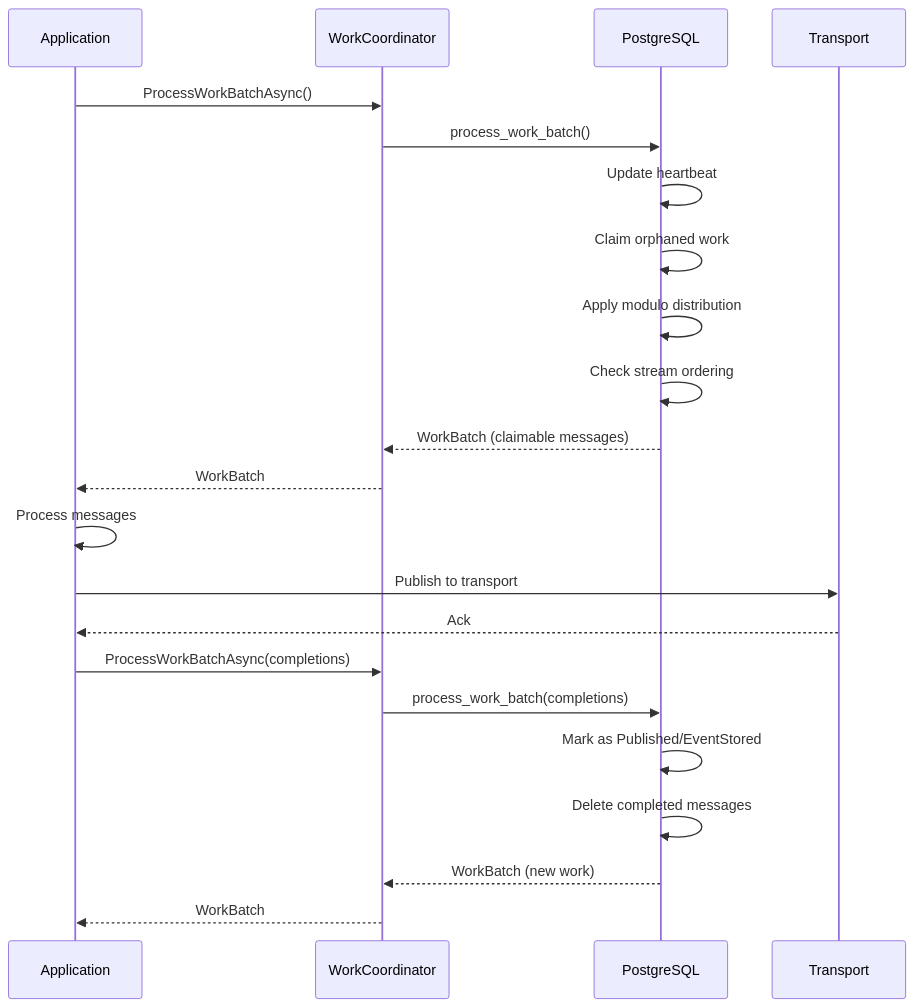
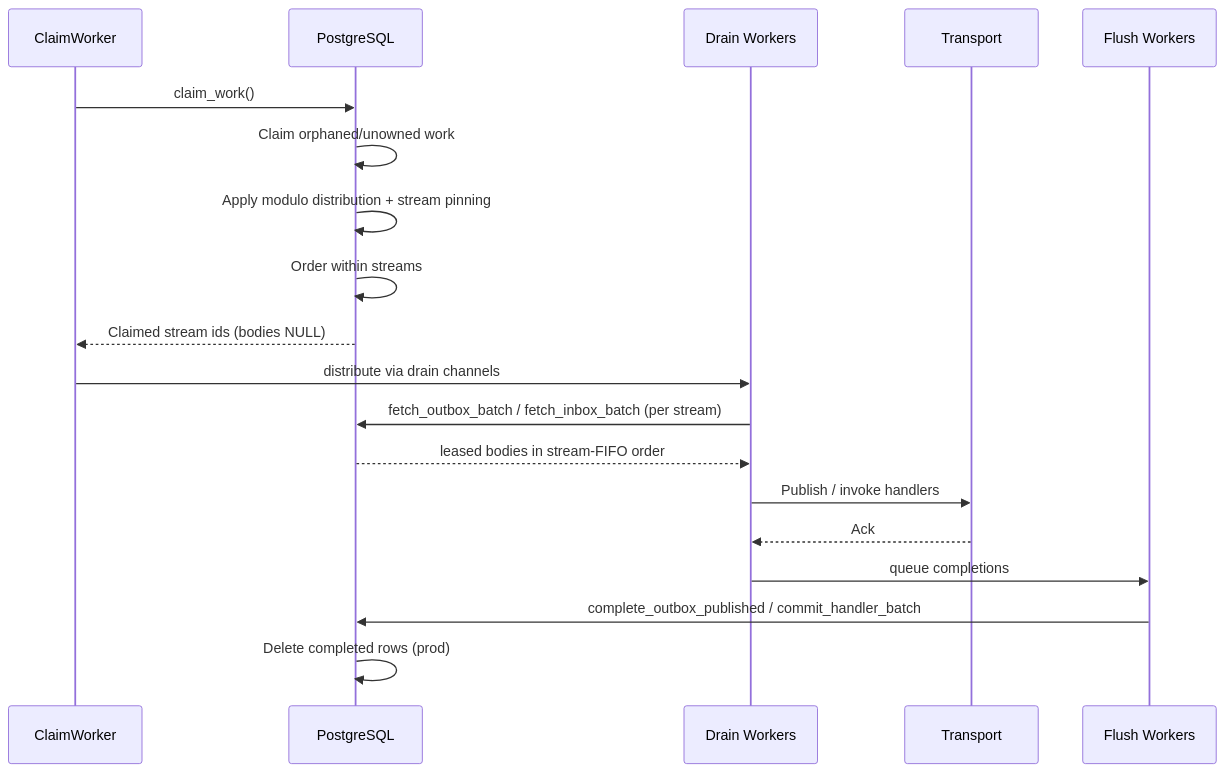
One commit to whizbang-lib/whizbang-lib.github.io changed the third of 4 diagrams in src/assets/docs/v1.0.0/messaging/work-coordination.md. Above: the diagram before and after it, drawn with Mermaid. The commit also changed other lines of this file and 14 other files, not shown here.

````diff
--- a/src/assets/docs/v1.0.0/messaging/work-coordination.md
+++ b/src/assets/docs/v1.0.0/messaging/work-coordination.md
@@ -192,27 +185,24 @@
 ```mermaid
 sequenceDiagram
-    participant App as Application
-    participant WC as WorkCoordinator
+    participant CW as ClaimWorker
     participant DB as PostgreSQL
+    participant DW as Drain Workers
     participant T as Transport
+    participant FW as Flush Workers
 
-    App->>WC: ProcessWorkBatchAsync()
-    WC->>DB: process_work_batch()
-    DB->>DB: Update heartbeat
-    DB->>DB: Claim orphaned work
-    DB->>DB: Apply modulo distribution
-    DB->>DB: Check stream ordering
-    DB-->>WC: WorkBatch (claimable messages)
-    WC-->>App: WorkBatch
+    CW->>DB: claim_work()
+    DB->>DB: Claim orphaned/unowned work
+    DB->>DB: Apply modulo distribution + stream pinning
+    DB->>DB: Order within streams
+    DB-->>CW: Claimed stream ids (bodies NULL)
+    CW->>DW: distribute via drain channels
 
-    App->>App: Process messages
-    App->>T: Publish to transport
-    T-->>App: Ack
+    DW->>DB: fetch_outbox_batch / fetch_inbox_batch (per stream)
+    DB-->>DW: leased bodies in stream-FIFO order
+    DW->>T: Publish / invoke handlers
+    T-->>DW: Ack
 
-    App->>WC: ProcessWorkBatchAsync(completions)
-    WC->>DB: process_work_batch(completions)
-    DB->>DB: Mark as Published/EventStored
-    DB->>DB: Delete completed messages
-    DB-->>WC: WorkBatch (new work)
-    WC-->>App: WorkBatch
+    DW->>FW: queue completions
+    FW->>DB: complete_outbox_published / commit_handler_batch
+    DB->>DB: Delete completed rows (prod)
 ```
````
